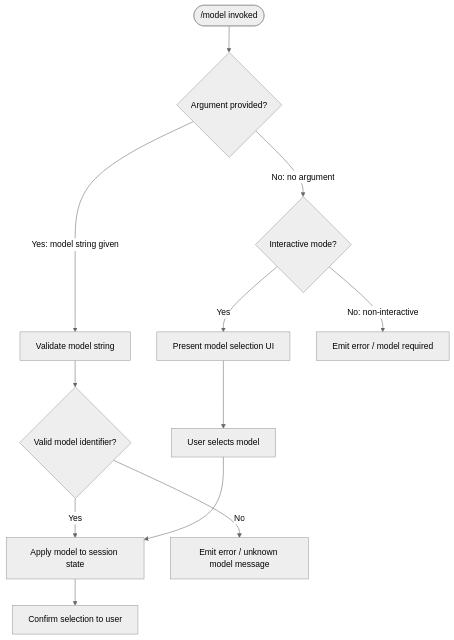
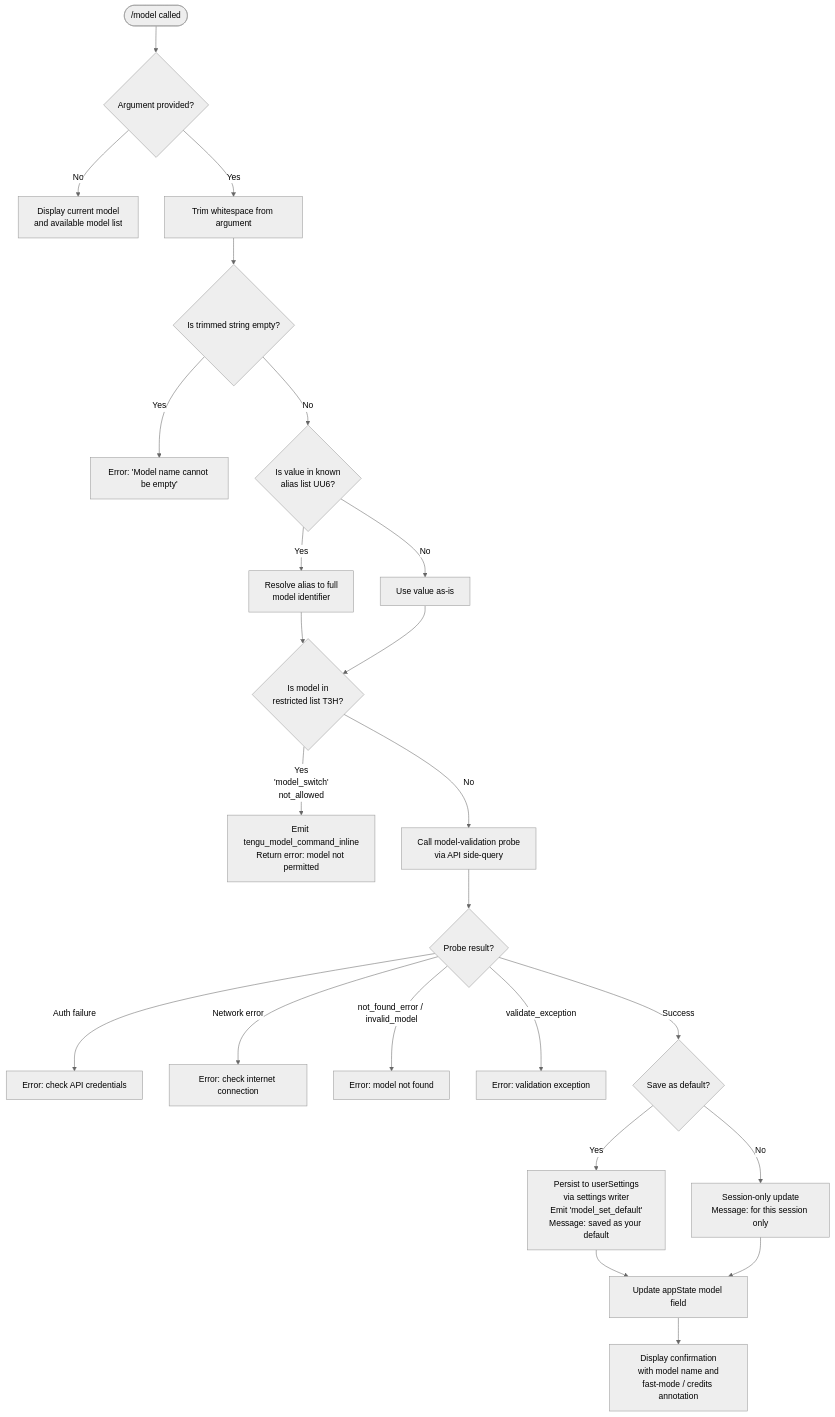
The diagram in versions/v2.1.153/model.md (MyLittleLuckyDog/cc-gnothi), drawn with Mermaid (neutral theme) before and after one commit. The commit also changed other lines of this file and 593 other files, not shown here.

````diff
--- a/versions/v2.1.153/model.md
+++ b/versions/v2.1.153/model.md
@@ -48,14 +56,26 @@
 ```mermaid
 flowchart TD
-    A(["/model invoked"]) --> B{Argument provided?}
-    B -- "Yes: model string given" --> C[Validate model string]
-    C --> D{Valid model identifier?}
-    D -- "Yes" --> E[Apply model to session state]
-    E --> F[Confirm selection to user]
-    D -- "No" --> G[Emit error / unknown model message]
-    B -- "No: no argument" --> H{Interactive mode?}
-    H -- "Yes" --> I[Present model selection UI]
-    I --> J[User selects model]
-    J --> E
-    H -- "No: non-interactive" --> K[Emit error / model required]
+    A(["/model called"]) --> B{Argument provided?}
+    B -- No --> C[Display current model\nand available model list]
+    B -- Yes --> D[Trim whitespace from argument]
+    D --> E{Is trimmed string empty?}
+    E -- Yes --> F[Error: 'Model name cannot be empty']
+    E -- No --> G{Is value in known\nalias list UU6?}
+    G -- Yes --> H[Resolve alias to full\nmodel identifier]
+    G -- No --> I[Use value as-is]
+    H --> J
+    I --> J{Is model in\nrestricted list T3H?}
+    J -- Yes\n'model_switch'\nnot_allowed --> K[Emit tengu_model_command_inline\nReturn error: model not permitted]
+    J -- No --> L[Call model-validation probe\nvia API side-query]
+    L --> M{Probe result?}
+    M -- Auth failure --> N[Error: check API credentials]
+    M -- Network error --> O[Error: check internet connection]
+    M -- not_found_error / invalid_model --> P[Error: model not found]
+    M -- validate_exception --> Q[Error: validation exception]
+    M -- Success --> R{Save as default?}
+    R -- Yes --> S[Persist to userSettings\nvia settings writer\nEmit 'model_set_default'\nMessage: saved as your default]
+    R -- No --> T[Session-only update\nMessage: for this session only]
+    S --> U[Update appState model field]
+    T --> U
+    U --> V[Display confirmation\nwith model name and\nfast-mode / credits annotation]
 ```
````
